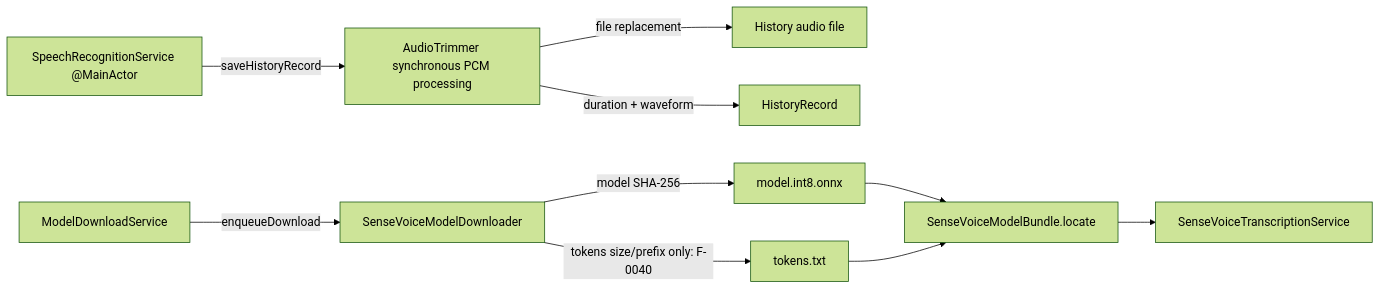
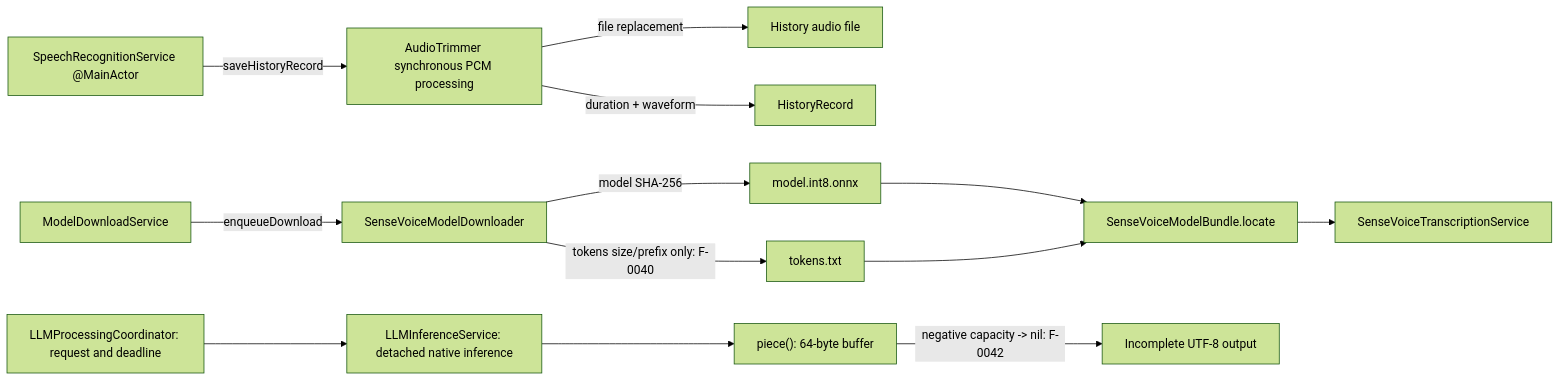
One commit to Diddian/Altboard-Canto changed the diagram in review/full-history-20261114/diagrams/X9-runtime-source-batch1.mmd. Above: the diagram before and after it, drawn with Mermaid (forest theme). The commit also changed 5 other files, not shown here.

```diff
--- a/review/full-history-20261114/diagrams/X9-runtime-source-batch1.mmd
+++ b/review/full-history-20261114/diagrams/X9-runtime-source-batch1.mmd
@@ -1,10 +1,14 @@
 flowchart LR
   A["SpeechRecognitionService @MainActor"] -->|"saveHistoryRecord"| B["AudioTrimmer synchronous PCM processing"]
   B -->|"file replacement"| C["History audio file"]
   B -->|"duration + waveform"| D["HistoryRecord"]
   M["ModelDownloadService"] -->|"enqueueDownload"| N["SenseVoiceModelDownloader"]
   N -->|"model SHA-256"| O["model.int8.onnx"]
   N -->|"tokens size/prefix only: F-0040"| P["tokens.txt"]
   O --> V["SenseVoiceModelBundle.locate"]
   P --> V
   V --> S["SenseVoiceTranscriptionService"]
+
+  CORD["LLMProcessingCoordinator: request and deadline"] --> INFER["LLMInferenceService: detached native inference"]
+  INFER --> PIECE["piece(): 64-byte buffer"]
+  PIECE -->|"negative capacity -> nil: F-0042"| OUTPUT["Incomplete UTF-8 output"]
```
